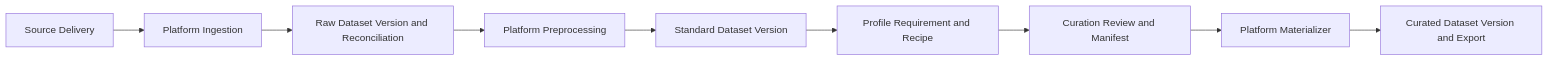
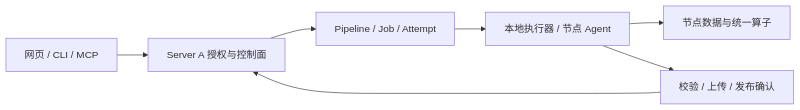
One commit to Beaconsyh08/embodied-data-loop changed the diagram in README.md. Above: the diagram before and after it, drawn with Mermaid. The commit also changed other lines of this file and 569 other files, not shown here.

````diff
--- a/README.md
+++ b/README.md
@@ -187,11 +86,9 @@
 ```mermaid
 flowchart LR
-    A[Source Delivery] --> B[Platform Ingestion]
-    B --> C[Raw Dataset Version and Reconciliation]
-    C --> D[Platform Preprocessing]
-    D --> E[Standard Dataset Version]
-    E --> F[Profile Requirement and Recipe]
-    F --> G[Curation Review and Manifest]
-    G --> H[Platform Materializer]
-    H --> I[Curated Dataset Version and Export]
+    UI[网页 / CLI / MCP] --> S[Server A 授权与控制面]
+    S --> P[Pipeline / Job / Attempt]
+    P --> A[本地执行器 / 节点 Agent]
+    A --> D[节点数据与统一算子]
+    A --> R[校验 / 上传 / 发布确认]
+    R --> S
 ```
````
